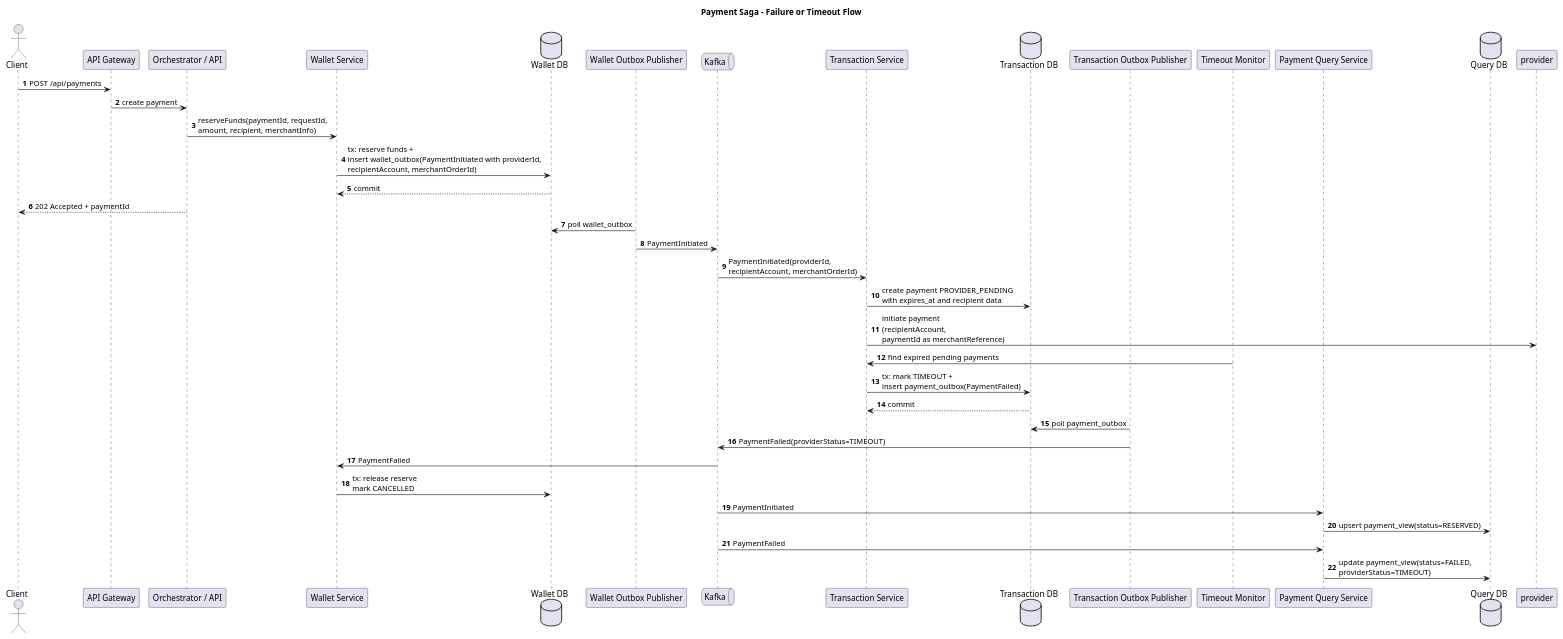
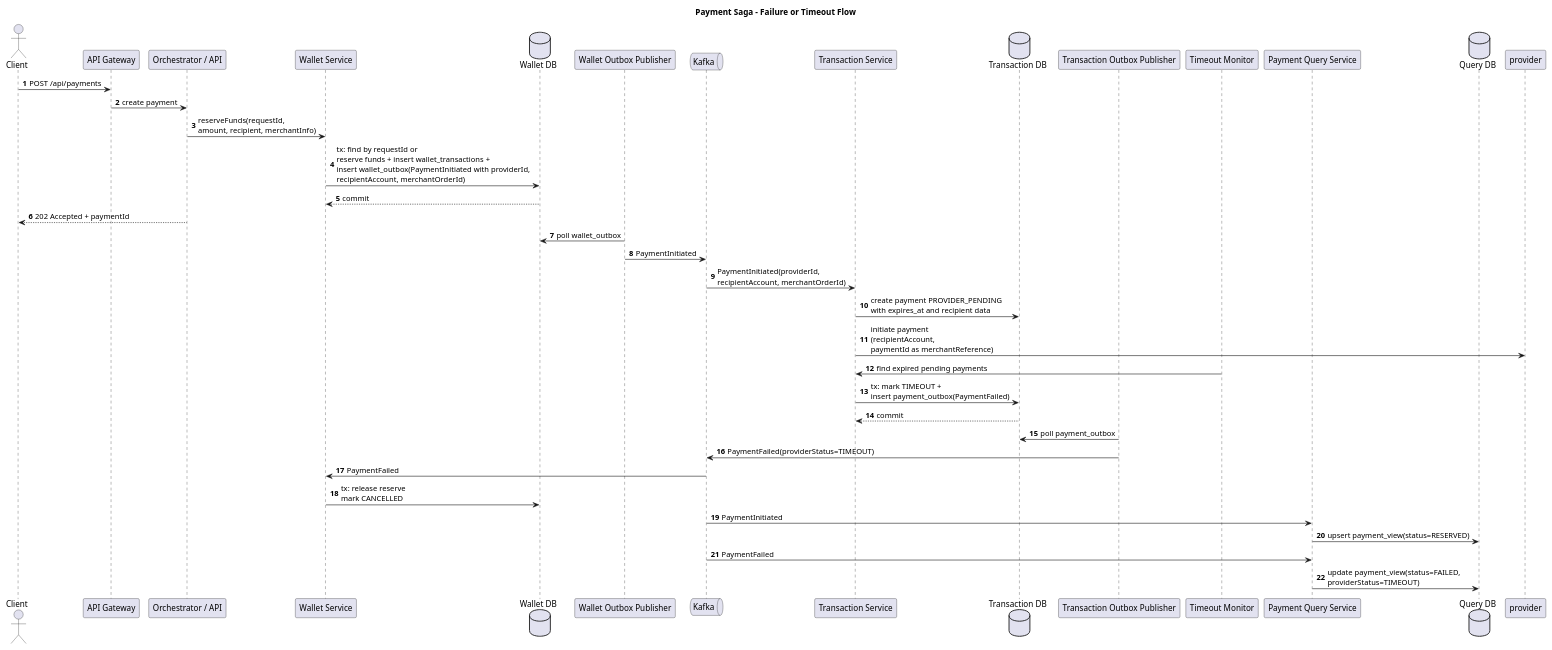
Before and after one commit to ZobovPA/sdia: the diagram in system-design/architecture/diagrams/sequence-failure-timeout.puml, drawn with PlantUML. The commit also changed 6 other files, not shown here.

```diff
--- a/system-design/architecture/diagrams/sequence-failure-timeout.puml
+++ b/system-design/architecture/diagrams/sequence-failure-timeout.puml
@@ -1,49 +1,49 @@
 @startuml
 title Payment Saga - Failure or Timeout Flow
 autonumber
 skinparam shadowing false
 
 actor Client as client
 participant "API Gateway" as gateway
 participant "Orchestrator / API" as orchestrator
 participant "Wallet Service" as wallet
 database "Wallet DB" as walletDb
 participant "Wallet Outbox Publisher" as walletPublisher
 queue "Kafka" as kafka
 participant "Transaction Service" as transaction
 database "Transaction DB" as transactionDb
 participant "Transaction Outbox Publisher" as transactionPublisher
 participant "Timeout Monitor" as timeoutMonitor
 participant "Payment Query Service" as query
 database "Query DB" as queryDb
 
 client -> gateway : POST /api/payments
 gateway -> orchestrator : create payment
-orchestrator -> wallet : reserveFunds(paymentId, requestId,\namount, recipient, merchantInfo)
-wallet -> walletDb : tx: reserve funds +\ninsert wallet_outbox(PaymentInitiated with providerId,\nrecipientAccount, merchantOrderId)
+orchestrator -> wallet : reserveFunds(requestId,\namount, recipient, merchantInfo)
+wallet -> walletDb : tx: find by requestId or\nreserve funds + insert wallet_transactions +\ninsert wallet_outbox(PaymentInitiated with providerId,\nrecipientAccount, merchantOrderId)
 walletDb --> wallet : commit
 orchestrator --> client : 202 Accepted + paymentId
 
 walletPublisher -> walletDb : poll wallet_outbox
 walletPublisher -> kafka : PaymentInitiated
 
 kafka -> transaction : PaymentInitiated(providerId,\nrecipientAccount, merchantOrderId)
 transaction -> transactionDb : create payment PROVIDER_PENDING\nwith expires_at and recipient data
 transaction -> provider : initiate payment\n(recipientAccount,\npaymentId as merchantReference)
 
 timeoutMonitor -> transaction : find expired pending payments
 transaction -> transactionDb : tx: mark TIMEOUT +\ninsert payment_outbox(PaymentFailed)
 transactionDb --> transaction : commit
 transactionPublisher -> transactionDb : poll payment_outbox
 transactionPublisher -> kafka : PaymentFailed(providerStatus=TIMEOUT)
 
 kafka -> wallet : PaymentFailed
 wallet -> walletDb : tx: release reserve\nmark CANCELLED
 
 kafka -> query : PaymentInitiated
 query -> queryDb : upsert payment_view(status=RESERVED)
 
 kafka -> query : PaymentFailed
 query -> queryDb : update payment_view(status=FAILED,\nproviderStatus=TIMEOUT)
 
 @enduml
```
